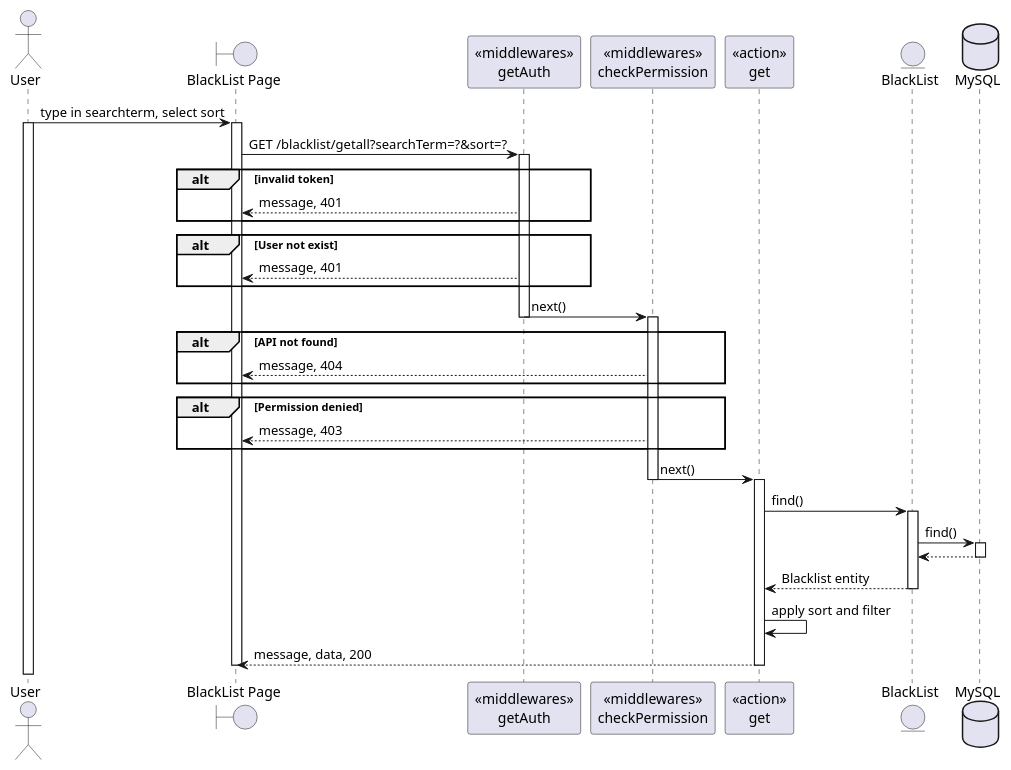
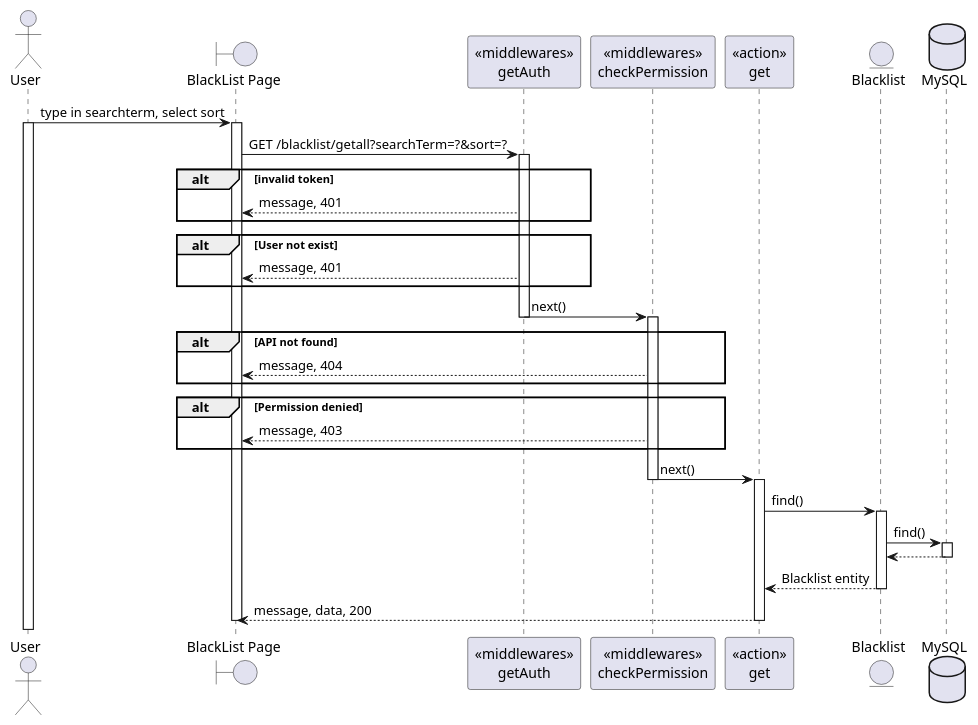
Before and after one commit to BunnyButtpowder/TeleLink-Original: the diagram in SequeceDiagram/blacklist/get.wsd, drawn with PlantUML. The commit also changed 16 other files, not shown here.

Commit message:
finish almost all sequence diagram

```diff
--- a/SequeceDiagram/blacklist/get.wsd
+++ b/SequeceDiagram/blacklist/get.wsd
@@ -1,54 +1,53 @@
 @startuml
 actor User
 boundary "BlackList Page" as Client
 participant "<<middlewares>>\ngetAuth" as mid1
 participant "<<middlewares>>\ncheckPermission" as mid2
 participant "<<action>>\nget" as Controller
-entity "BlackList" as Model
+entity "Blacklist" as Model
 database "MySQL" as DB
 
 User -> Client: type in searchterm, select sort
 activate User
 activate Client
 Client -> mid1: GET /blacklist/getall?searchTerm=?&sort=?
 activate mid1
 alt invalid token
     mid1 --> Client: message, 401
 end
 alt User not exist
     mid1 --> Client: message, 401
 end
 mid1 -> mid2: next()
 deactivate mid1
 activate mid2
 alt API not found
     mid2 --> Client: message, 404
 end
 alt Permission denied
     mid2 --> Client: message, 403
 end
 mid2 -> Controller: next()
 deactivate mid2
 activate Controller
 Controller -> Model: find()
 activate Model
 Model -> DB: find()
 activate DB
 DB --> Model
 deactivate DB
 Model --> Controller: Blacklist entity
 deactivate Model
-Controller -> Controller: apply sort and filter
 
 Controller --> Client: message, data, 200
 deactivate Controller
 
 
 
 
 
 
 
 deactivate Client
 
 @enduml
```
